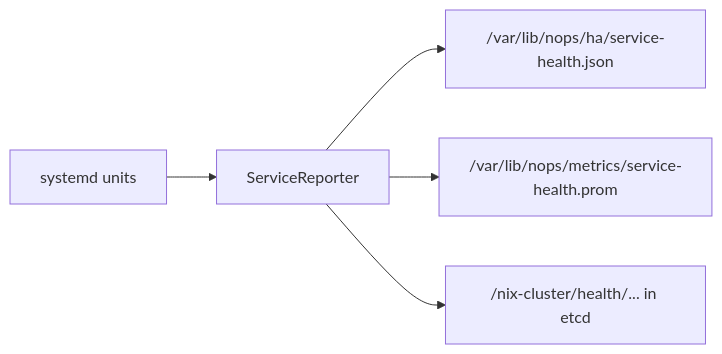
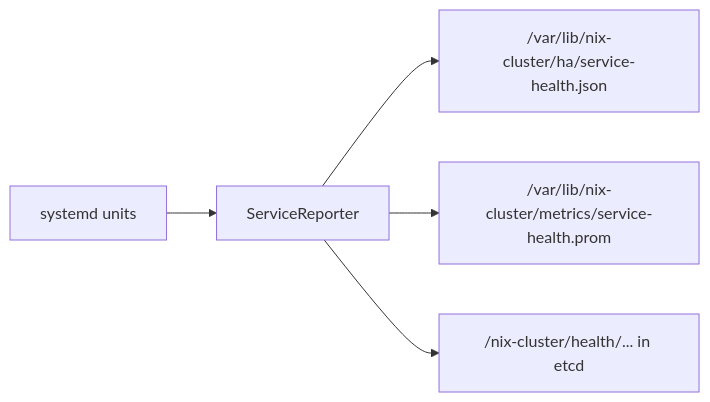
One commit to MossTeK/nix-cluster changed the sixth of 9 diagrams in docs/wiki/Architecture-and-Data-Flow.md. Above: the diagram before and after it, drawn with Mermaid. The commit also changed other lines of this file and 32 other files, not shown here.

Commit message:
chore: update nix-cluster

````diff
--- a/docs/wiki/Architecture-and-Data-Flow.md
+++ b/docs/wiki/Architecture-and-Data-Flow.md
@@ -229,7 +229,7 @@
 ```mermaid
 flowchart LR
     A["systemd units"] --> B["ServiceReporter"]
-    B --> C["/var/lib/nops/ha/service-health.json"]
-    B --> D["/var/lib/nops/metrics/service-health.prom"]
+    B --> C["/var/lib/nix-cluster/ha/service-health.json"]
+    B --> D["/var/lib/nix-cluster/metrics/service-health.prom"]
     B --> E["/nix-cluster/health/... in etcd"]
 ```
````
